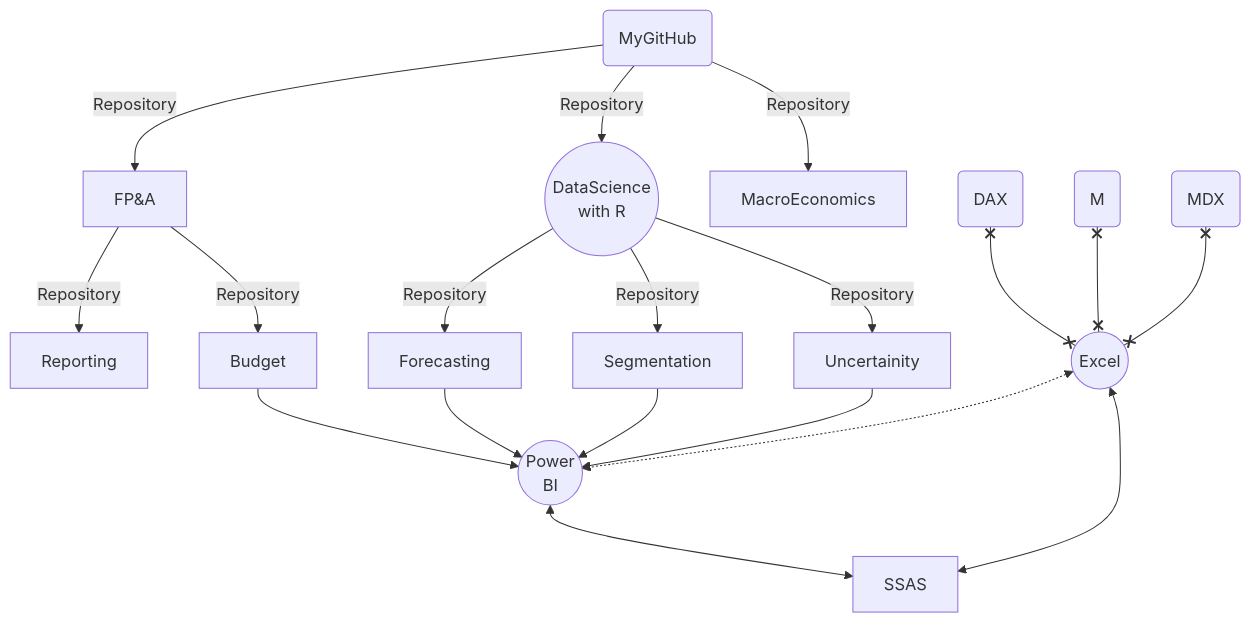
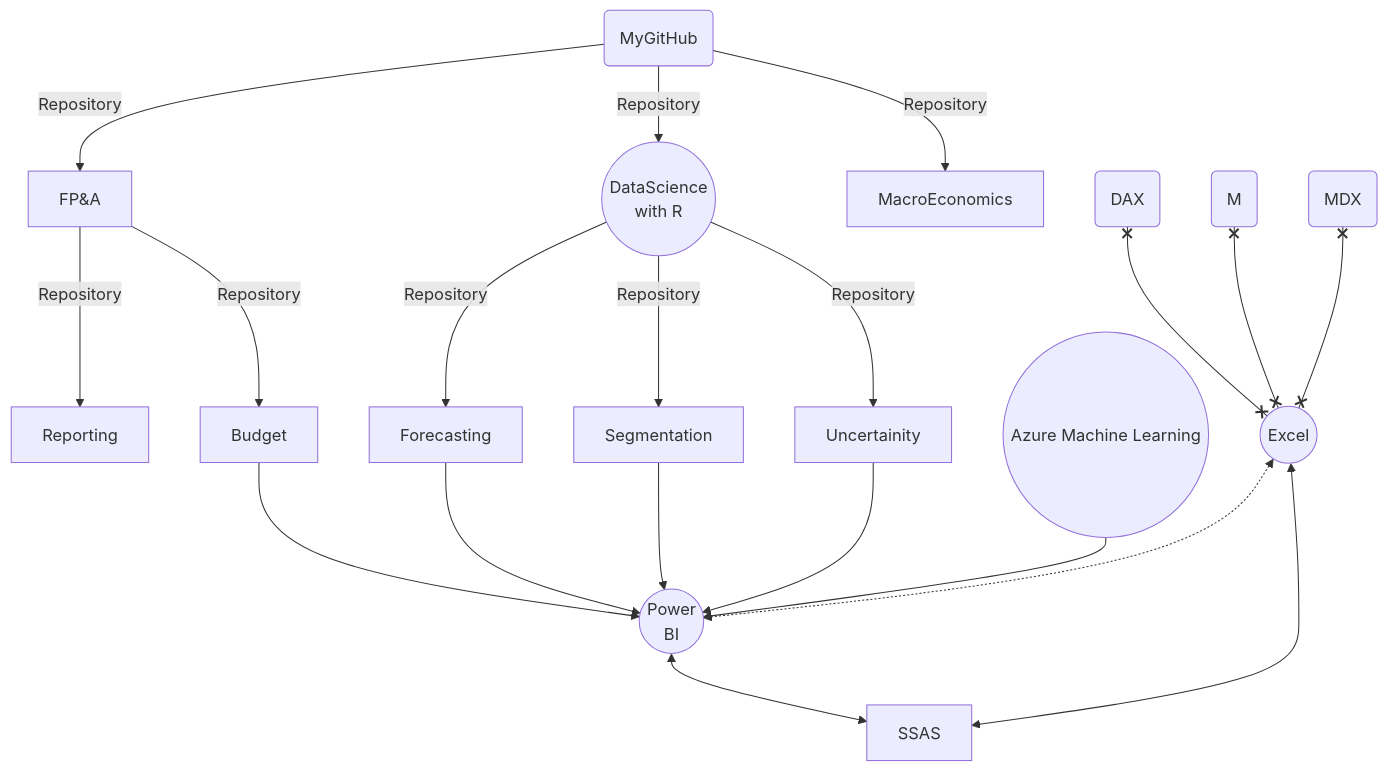
Before and after one commit to md3629/md3629: the diagram in README.md, drawn with Mermaid.

````diff
--- a/README.md
+++ b/README.md
@@ -4,23 +4,24 @@
 ```mermaid
 graph TD;
     my(MyGitHub)-->|Repository|FP&A;
     FP&A-->|Repository|Reporting;
     FP&A-->|Repository|Budget;
     
     my(MyGitHub)-->|Repository|a((DataScience<br> with R));
     
     my(MyGitHub)-->|Repository|MacroEconomics;
     a((DataScience<br> with R))--Repository-->Forecasting;
     a((DataScience<br> with R))--Repository-->Segmentation;
     a((DataScience<br> with R))--Repository-->Uncertainity;
     Uncertainity-->P((Power<br>BI));
     Forecasting-->P((Power<br>BI));
     Segmentation-->P((Power<br>BI));
     Budget-->P((Power<br>BI));
+    AML((Azure Machine Learning))-->P((Power<br>BI));
     D(DAX)x--xE((Excel));
     M(M)x--xE((Excel));
     E((Excel))<-.->P((Power<br>BI));
     A(MDX)x--xE((Excel));
     E((Excel))<-->SSAS;
     P((Power<br>BI))<-->SSAS;
 ```
````
